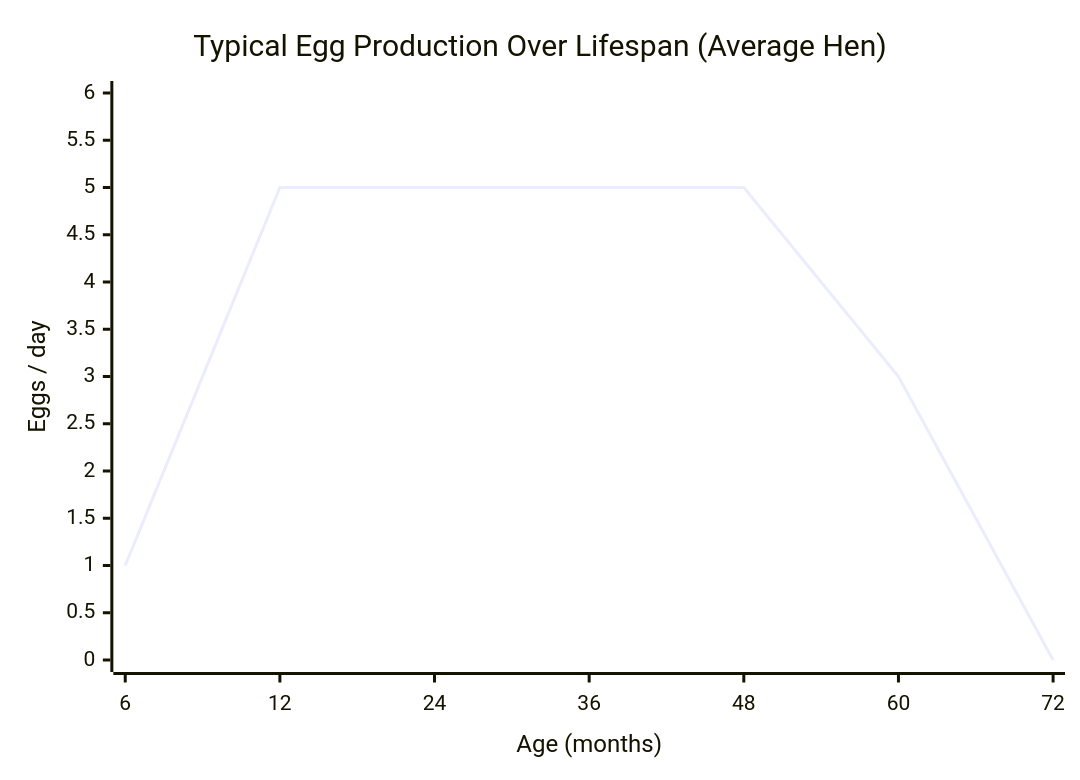
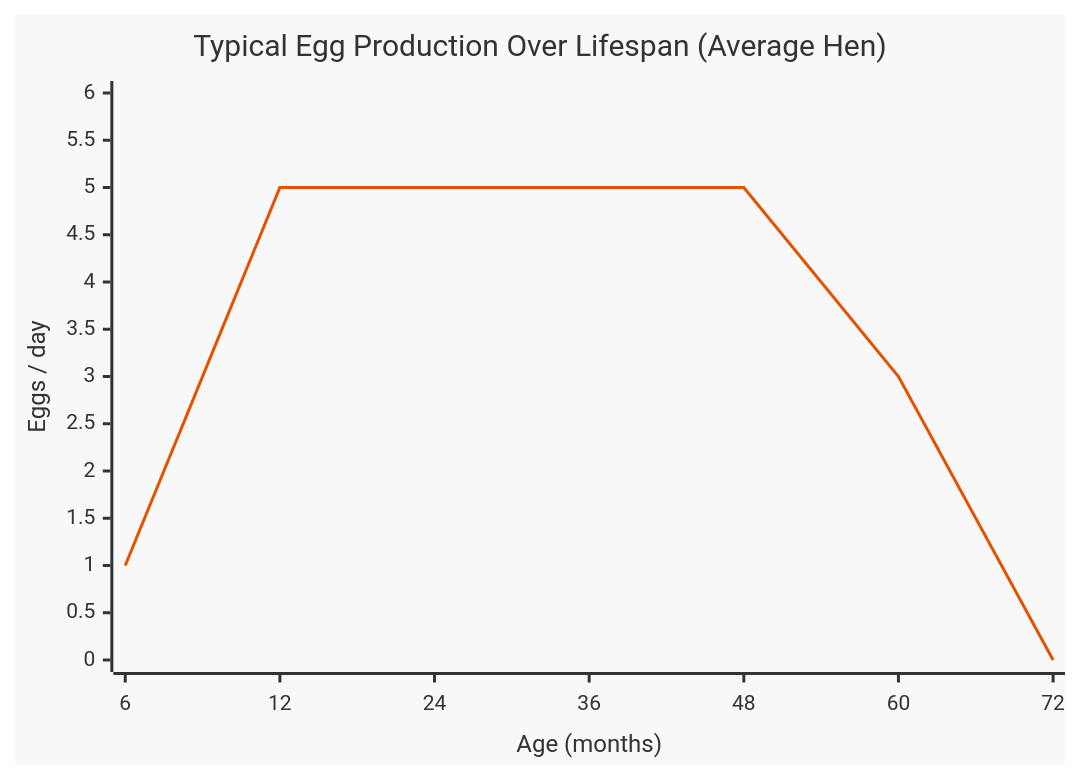
One commit to rittermod/FS25_RealisticLivestockRM changed the diagram in docs/user-guide/factsheet-chickens.md. Above: the diagram before and after it, drawn with Mermaid. The commit also changed other lines of this file and 5 other files, not shown here.

Commit message:
docs: Add contrast to graphs and remove useless graphs

````diff
--- a/docs/user-guide/factsheet-chickens.md
+++ b/docs/user-guide/factsheet-chickens.md
@@ -40,7 +40,8 @@
 ```mermaid
+%%{init: {"themeVariables": {"xyChart": {"backgroundColor": "#f8f8f8", "titleColor": "#333333", "xAxisLabelColor": "#333333", "xAxisTitleColor": "#333333", "xAxisTickColor": "#333333", "xAxisLineColor": "#333333", "yAxisLabelColor": "#333333", "yAxisTitleColor": "#333333", "yAxisTickColor": "#333333", "yAxisLineColor": "#333333", "plotColorPalette": "#e65100"}}}}%%
 xychart-beta
     title "Typical Egg Production Over Lifespan (Average Hen)"
     x-axis "Age (months)" [6, 12, 24, 36, 48, 60, 72]
     y-axis "Eggs / day" 0 --> 6
     line [1, 5, 5, 5, 5, 3, 0]
 ```
````
